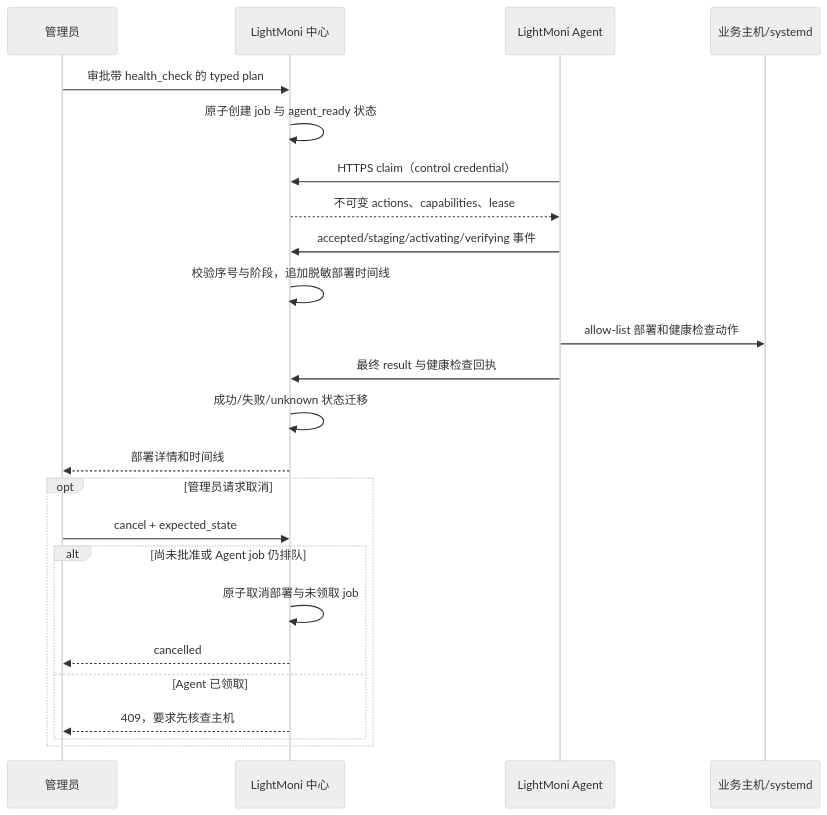
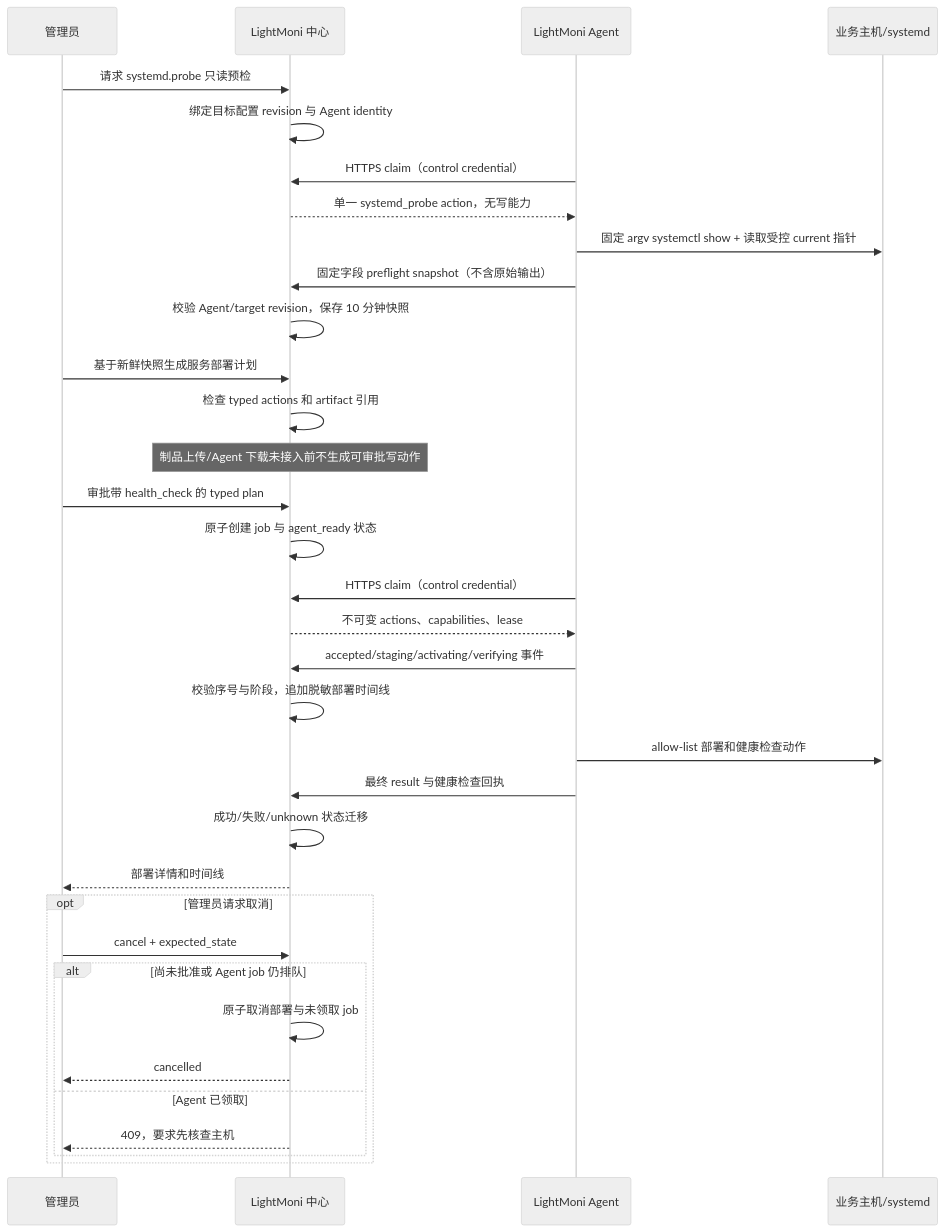
Before and after one commit to workhold/lightmoni: the third of 5 diagrams in docs/system-design.md, drawn with Mermaid (neutral theme). The commit also changed other lines of this file and 16 other files, not shown here.

Commit message:
feat: add read-only systemd preflight

````diff
--- a/docs/system-design.md
+++ b/docs/system-design.md
@@ -220,26 +221,36 @@
 ```mermaid
 sequenceDiagram
   participant Admin as 管理员
   participant Center as LightMoni 中心
   participant Agent as LightMoni Agent
   participant Host as 业务主机/systemd
+  Admin->>Center: 请求 systemd.probe 只读预检
+  Center->>Center: 绑定目标配置 revision 与 Agent identity
+  Agent->>Center: HTTPS claim（control credential）
+  Center-->>Agent: 单一 systemd_probe action，无写能力
+  Agent->>Host: 固定 argv systemctl show + 读取受控 current 指针
+  Agent->>Center: 固定字段 preflight snapshot（不含原始输出）
+  Center->>Center: 校验 Agent/target revision，保存 10 分钟快照
+  Admin->>Center: 基于新鲜快照生成服务部署计划
+  Center->>Center: 检查 typed actions 和 artifact 引用
+  Note over Center: 制品上传/Agent 下载未接入前不生成可审批写动作
   Admin->>Center: 审批带 health_check 的 typed plan
   Center->>Center: 原子创建 job 与 agent_ready 状态
   Agent->>Center: HTTPS claim（control credential）
   Center-->>Agent: 不可变 actions、capabilities、lease
   Agent->>Center: accepted/staging/activating/verifying 事件
   Center->>Center: 校验序号与阶段，追加脱敏部署时间线
   Agent->>Host: allow-list 部署和健康检查动作
   Agent->>Center: 最终 result 与健康检查回执
   Center->>Center: 成功/失败/unknown 状态迁移
   Center-->>Admin: 部署详情和时间线
   opt 管理员请求取消
     Admin->>Center: cancel + expected_state
     alt 尚未批准或 Agent job 仍排队
       Center->>Center: 原子取消部署与未领取 job
       Center-->>Admin: cancelled
     else Agent 已领取
       Center-->>Admin: 409，要求先核查主机
     end
   end
 ```
````
